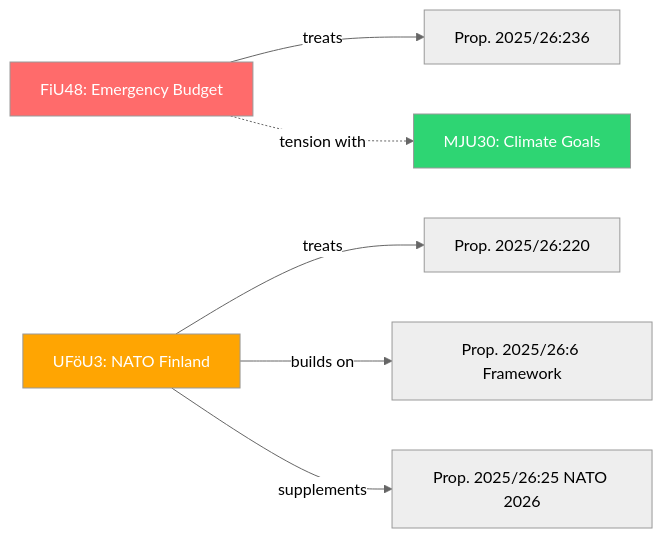
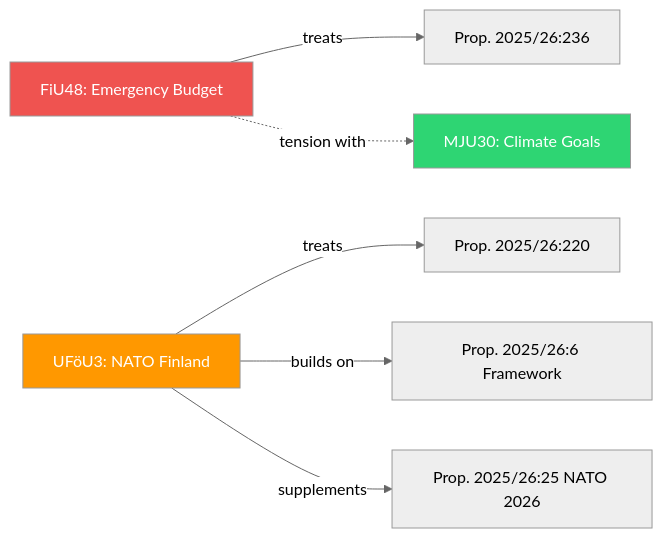
The diagram in analysis/daily/2026-04-14/committeeReports/cross-reference-map.md (Hack23/riksdagsmonitor), drawn with Mermaid (neutral theme) before and after one commit. The commit also changed 785 other files, not shown here.

First line of the commit message:
Normalize mermaid colors across 786 analysis artifacts to ISMS Style Guide palette

````diff
--- a/analysis/daily/2026-04-14/committeeReports/cross-reference-map.md
+++ b/analysis/daily/2026-04-14/committeeReports/cross-reference-map.md
@@ -15,12 +15,12 @@
 ```mermaid
 graph LR
     FiU48[FiU48: Emergency Budget] -->|treats| P236[Prop. 2025/26:236]
     UFöU3[UFöU3: NATO Finland] -->|treats| P220[Prop. 2025/26:220]
     UFöU3 -->|builds on| P6[Prop. 2025/26:6 Framework]
     UFöU3 -->|supplements| P25[Prop. 2025/26:25 NATO 2026]
     FiU48 -.->|tension with| MJU30[MJU30: Climate Goals]
 
-    style FiU48 fill:#ff6b6b,color:#fff
-    style UFöU3 fill:#ffa502,color:#fff
-    style MJU30 fill:#2ed573,color:#fff
+    style FiU48 fill:#EF5350,color:#FFFFFF
+    style UFöU3 fill:#FF9800,color:#FFFFFF
+    style MJU30 fill:#2ed573,color:#FFFFFF
 ```
````
